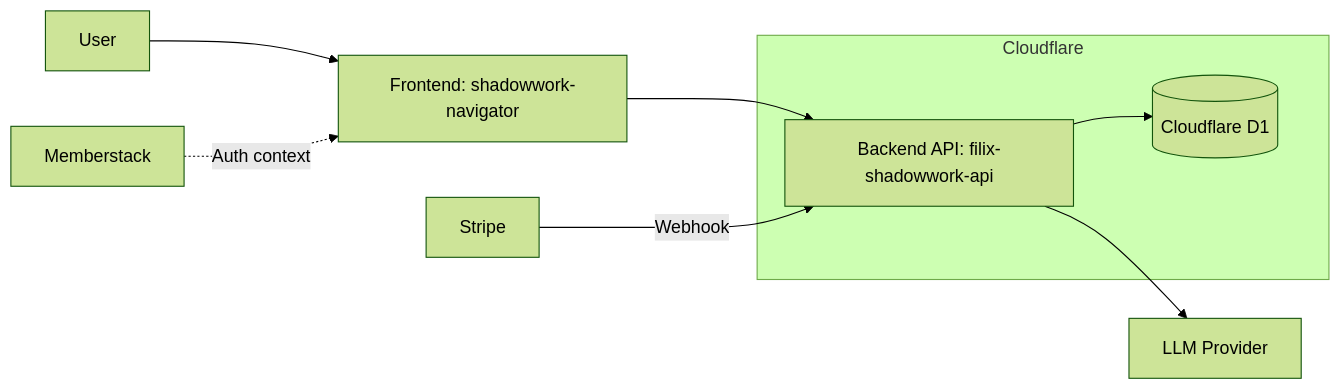
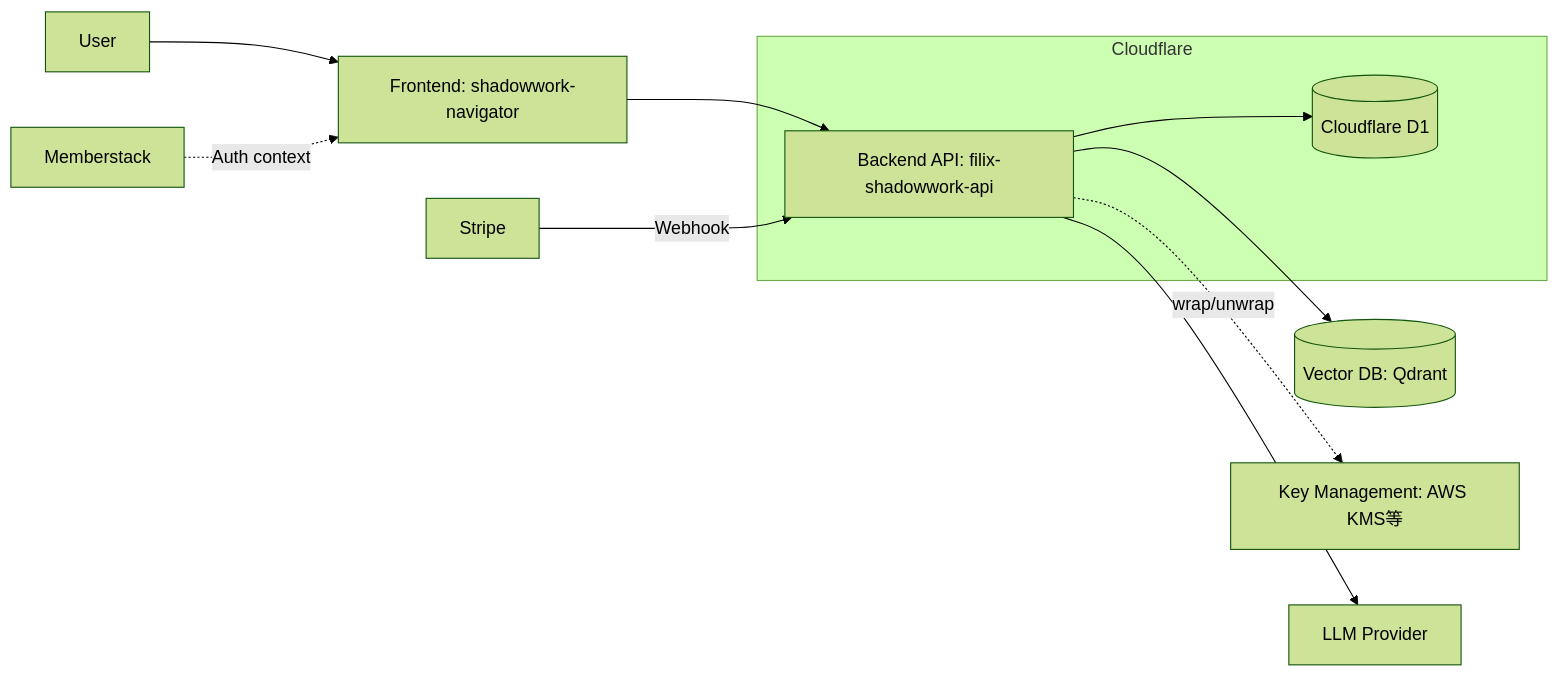
The first of 3 diagrams in apps/api/documents/基本設計書/00_概要.md (fractal-filix/shadowwork-navigator), drawn with Mermaid (forest theme) before and after one commit. The commit also changed other lines of this file and 4 other files, not shown here.

````diff
--- a/apps/api/documents/基本設計書/00_概要.md
+++ b/apps/api/documents/基本設計書/00_概要.md
@@ -46,15 +49,17 @@
 ```mermaid
 flowchart LR
   U[User] --> FE[Frontend: shadowwork-navigator]
   FE --> API[Backend API: filix-shadowwork-api]
 
   API --> D1[(Cloudflare D1)]
+  API --> VDB[(Vector DB: Qdrant)]
+  API -. wrap/unwrap .-> KMS[Key Management: AWS KMS等]
   API --> LLM[LLM Provider]
   Stripe[Stripe] -->|Webhook| API
   MS[Memberstack] -. Auth context .-> FE
 
   subgraph Cloudflare
     API
     D1
   end
 ```
````
